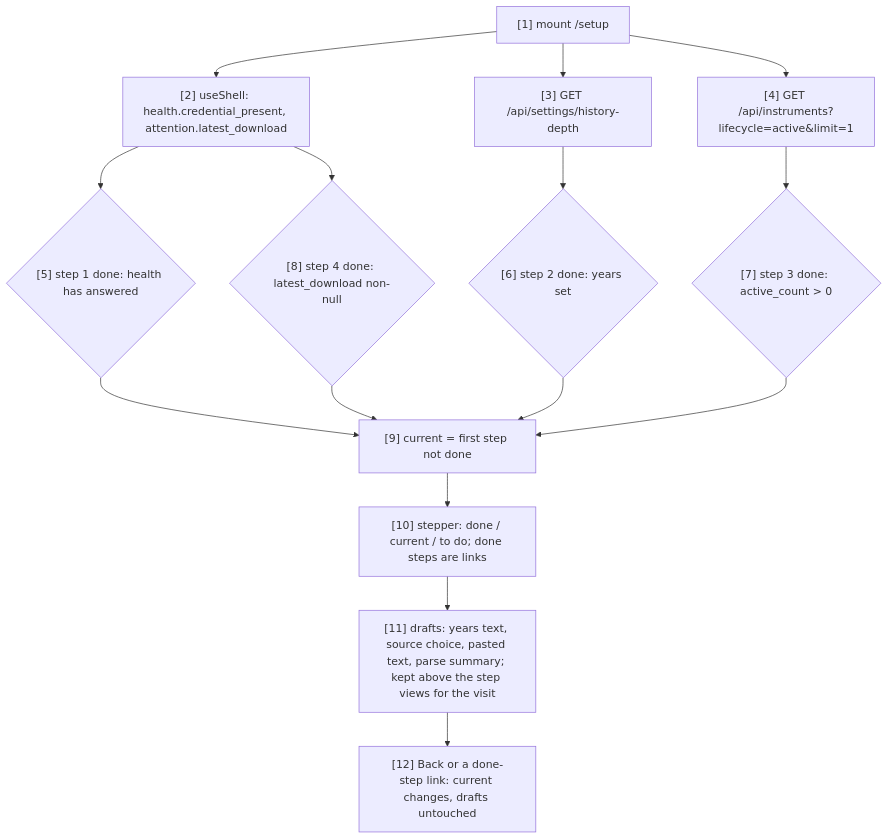
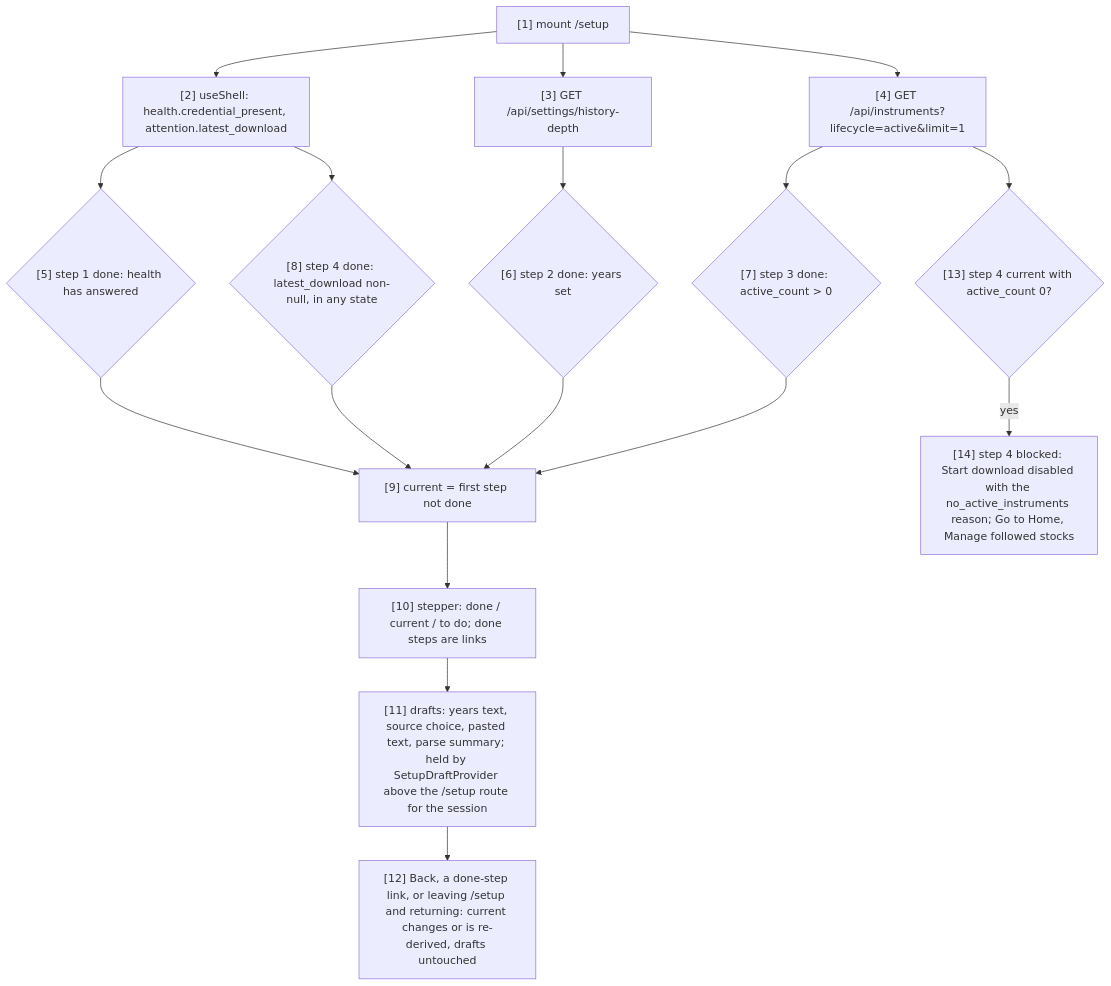
One commit to ajodraca/FactorFlow-v2 changed the first of 2 diagrams in docs/capabilities/CAP-003-app-shell-and-data-health/design/component-design-setup-ui.md. Above: the diagram before and after it, drawn with Mermaid. The commit also changed other lines of this file and 8 other files, not shown here.

````diff
--- a/docs/capabilities/CAP-003-app-shell-and-data-health/design/component-design-setup-ui.md
+++ b/docs/capabilities/CAP-003-app-shell-and-data-health/design/component-design-setup-ui.md
@@ -110,17 +131,19 @@
 ```mermaid
 flowchart TD
     L["[1] mount /setup"] --> R1["[2] useShell: health.credential_present, attention.latest_download"]
     L --> R2["[3] GET /api/settings/history-depth"]
     L --> R3["[4] GET /api/instruments?lifecycle=active&limit=1"]
     R1 --> D1{"[5] step 1 done: health has answered"}
     R2 --> D2{"[6] step 2 done: years set"}
     R3 --> D3{"[7] step 3 done: active_count > 0"}
-    R1 --> D4{"[8] step 4 done: latest_download non-null"}
+    R1 --> D4{"[8] step 4 done: latest_download non-null, in any state"}
     D1 --> C["[9] current = first step not done"]
     D2 --> C
     D3 --> C
     D4 --> C
     C --> S["[10] stepper: done / current / to do; done steps are links"]
-    S --> DR["[11] drafts: years text, source choice, pasted text, parse summary; kept above the step views for the visit"]
-    DR --> B["[12] Back or a done-step link: current changes, drafts untouched"]
+    S --> DR["[11] drafts: years text, source choice, pasted text, parse summary; held by SetupDraftProvider above the /setup route for the session"]
+    DR --> B["[12] Back, a done-step link, or leaving /setup and returning: current changes or is re-derived, drafts untouched"]
+    R3 --> BL{"[13] step 4 current with active_count 0?"}
+    BL -- yes --> BLK["[14] step 4 blocked: Start download disabled with the no_active_instruments reason; Go to Home, Manage followed stocks"]
 ```
````
